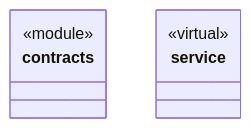
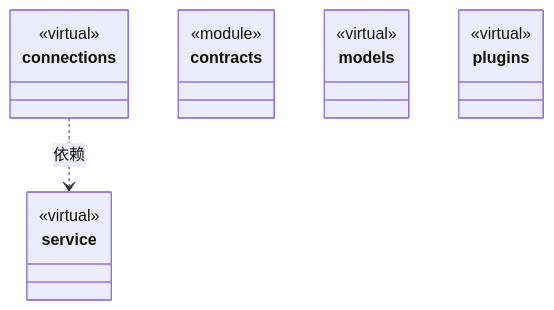
One commit to nan023062/cbim changed the diagram in src/resource/ARCHITECTURE.md. Above: the diagram before and after it, drawn with Mermaid. The commit also changed other lines of this file and 374 other files, not shown here.

````diff
--- a/src/resource/ARCHITECTURE.md
+++ b/src/resource/ARCHITECTURE.md
@@ -19,11 +29,24 @@
 ```mermaid
 classDiagram
+class N_7a9ef6f11175["connections"] {
+  <<virtual>>
+}
+click N_7a9ef6f11175 href "connections/ARCHITECTURE.md"
+class N_4266e8d9865a["service"] {
+  <<virtual>>
+}
+click N_4266e8d9865a href "service/ARCHITECTURE.md"
 class N_7c777722dd25["contracts"] {
   <<module>>
 }
 click N_7c777722dd25 href "contracts.ts"
-class N_4266e8d9865a["service"] {
+class N_c2f553d3f354["models"] {
   <<virtual>>
 }
-click N_4266e8d9865a href "service/ARCHITECTURE.md"
+click N_c2f553d3f354 href "models/ARCHITECTURE.md"
+class N_7efd1d4e6b97["plugins"] {
+  <<virtual>>
+}
+click N_7efd1d4e6b97 href "plugins/ARCHITECTURE.md"
+N_7a9ef6f11175 ..> N_4266e8d9865a : 依赖
 ```
````
